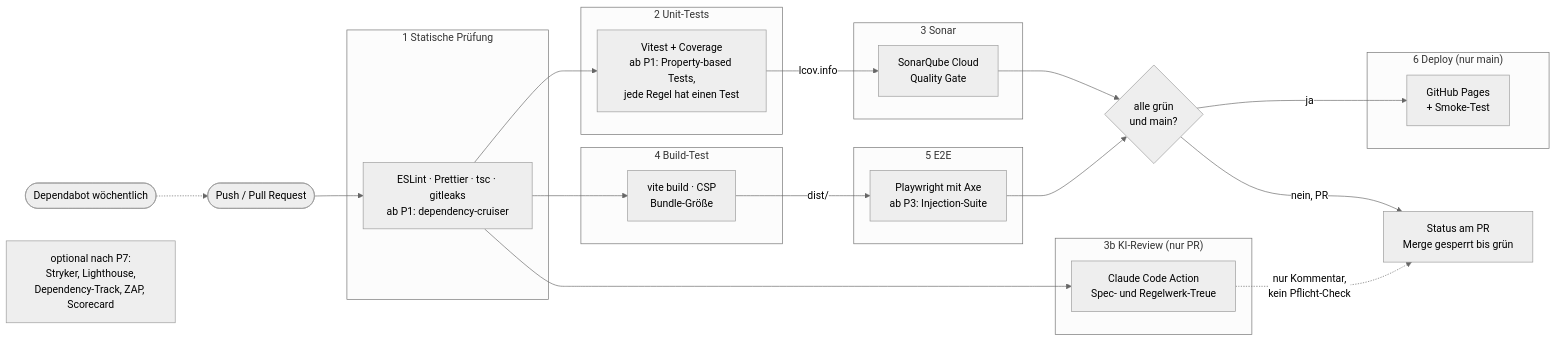
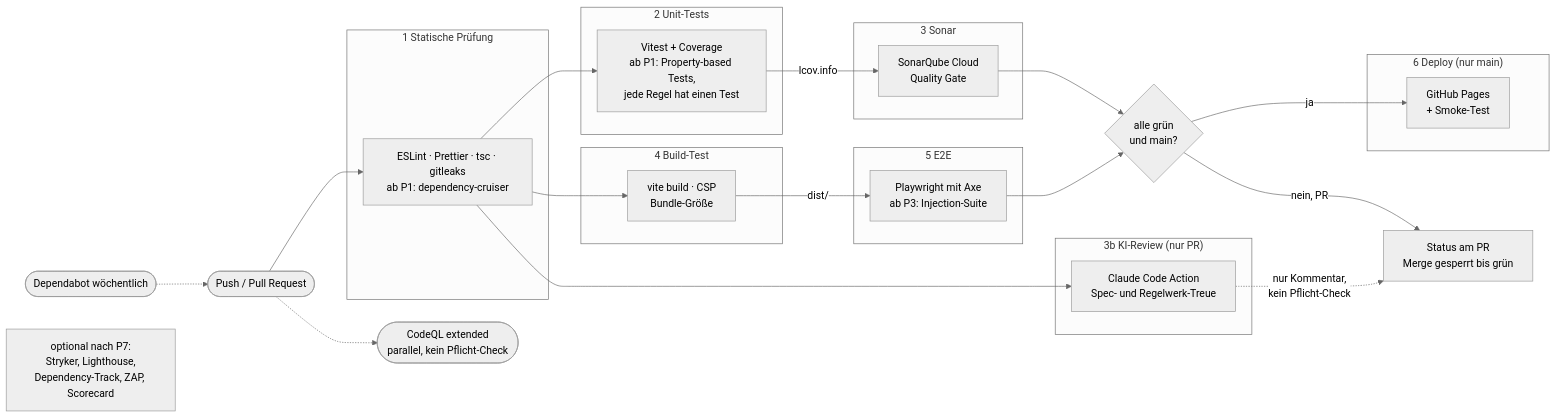
Before and after one commit to jurie2000/ti-visualizer: the seventh of 10 diagrams in specs/001-ti-visualizer-baukasten/architektur.md, drawn with Mermaid (neutral theme). The commit also changed 2 other files, not shown here.

Commit message:
T-804a: KI-Befunde übernommen (Ausbaustufe, Diagramm, Fertig-Kriterium)
- plan.md: CodeQL in der Ausbaustufe „Kern ab P0“
- architektur.md: CodeQL als eigener Knoten im CI-Diagramm
- tasks.md: T-804a mit Umfang und Fertig-Kriterium

````diff
--- a/specs/001-ti-visualizer-baukasten/architektur.md
+++ b/specs/001-ti-visualizer-baukasten/architektur.md
@@ -482,41 +482,42 @@
 ```mermaid
 flowchart LR
     trigger(["Push / Pull Request"])
 
     subgraph s1["1 Statische Prüfung"]
         lint["ESLint · Prettier · tsc · gitleaks<br/>ab P1: dependency-cruiser"]
     end
     subgraph s2["2 Unit-Tests"]
         unit["Vitest + Coverage<br/>ab P1: Property-based Tests,<br/>jede Regel hat einen Test"]
     end
     subgraph s3["3 Sonar"]
         sonar["SonarQube Cloud<br/>Quality Gate"]
     end
     subgraph s3b["3b KI-Review (nur PR)"]
         ai["Claude Code Action<br/>Spec- und Regelwerk-Treue"]
     end
     subgraph s4["4 Build-Test"]
         build["vite build · CSP<br/>Bundle-Größe"]
     end
     subgraph s5["5 E2E"]
         e2e["Playwright mit Axe<br/>ab P3: Injection-Suite"]
     end
     subgraph s6["6 Deploy (nur main)"]
         deploy["GitHub Pages<br/>+ Smoke-Test"]
     end
 
     trigger --> lint
     lint --> unit
     lint --> build
     lint --> ai
     unit -- "lcov.info" --> sonar
     ai -. "nur Kommentar,<br/>kein Pflicht-Check" .-> pr
     build -- "dist/" --> e2e
     sonar --> gate{"alle grün<br/>und main?"}
     e2e --> gate
     gate -- "ja" --> deploy
     gate -- "nein, PR" --> pr["Status am PR<br/>Merge gesperrt bis grün"]
 
     dependabot(["Dependabot wöchentlich"]) -.-> trigger
+    trigger -.-> codeql(["CodeQL extended<br/>parallel, kein Pflicht-Check"])
     optional["optional nach P7:<br/>Stryker, Lighthouse,<br/>Dependency-Track, ZAP, Scorecard"]
 ```
````
